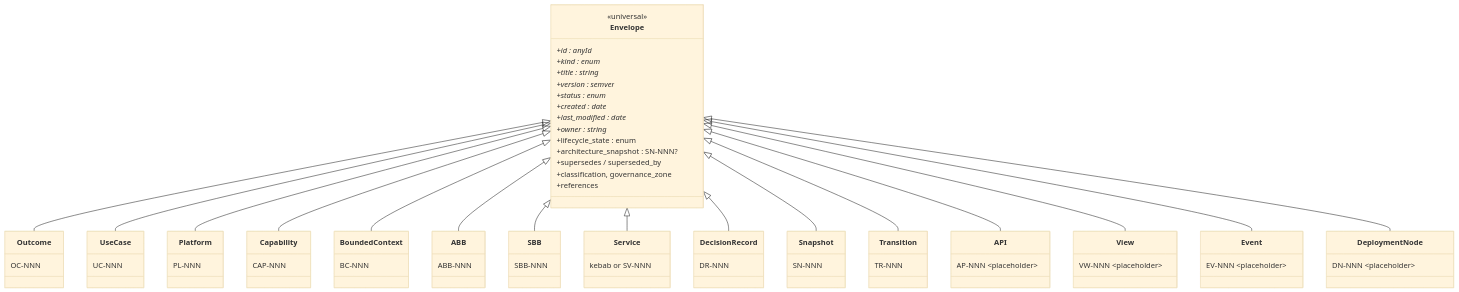
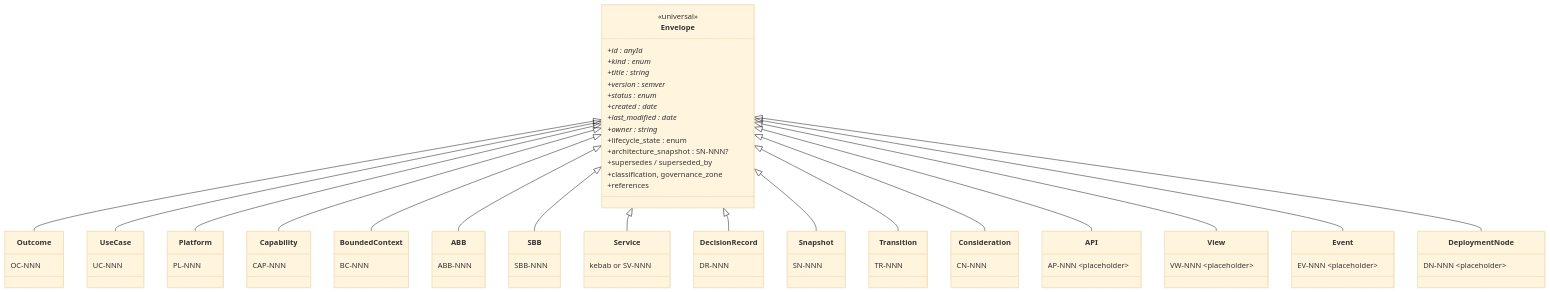
Before and after one commit to dermot-obrien/ai-assisted-architecture: the first of 3 diagrams in standards/standard-frontmatter.md, drawn with Mermaid (base theme). The commit also changed other lines of this file and 5 other files, not shown here.

First line of the commit message:
schemas: consideration artefact kind (CN-NNN)

````diff
--- a/standards/standard-frontmatter.md
+++ b/standards/standard-frontmatter.md
@@ -660,53 +695,55 @@
 ```mermaid
 classDiagram
     direction TB
 
     class Envelope {
         <<universal>>
         +id : anyId *
         +kind : enum *
         +title : string *
         +version : semver *
         +status : enum *
         +created : date *
         +last_modified : date *
         +owner : string *
         +lifecycle_state : enum
         +architecture_snapshot : SN-NNN?
         +supersedes / superseded_by
         +classification, governance_zone
         +references
     }
 
     class Outcome { OC-NNN }
     class UseCase { UC-NNN }
     class Platform { PL-NNN }
     class Capability { CAP-NNN }
     class BoundedContext { BC-NNN }
     class ABB { ABB-NNN }
     class SBB { SBB-NNN }
     class Service { kebab or SV-NNN }
     class DecisionRecord { DR-NNN }
     class Snapshot { SN-NNN }
     class Transition { TR-NNN }
+    class Consideration { CN-NNN }
     class API { AP-NNN ~placeholder~ }
     class View { VW-NNN ~placeholder~ }
     class Event { EV-NNN ~placeholder~ }
     class DeploymentNode { DN-NNN ~placeholder~ }
 
     Envelope <|-- Outcome
     Envelope <|-- UseCase
     Envelope <|-- Platform
     Envelope <|-- Capability
     Envelope <|-- BoundedContext
     Envelope <|-- ABB
     Envelope <|-- SBB
     Envelope <|-- Service
     Envelope <|-- DecisionRecord
     Envelope <|-- Snapshot
     Envelope <|-- Transition
+    Envelope <|-- Consideration
     Envelope <|-- API
     Envelope <|-- View
     Envelope <|-- Event
     Envelope <|-- DeploymentNode
 ```
````
